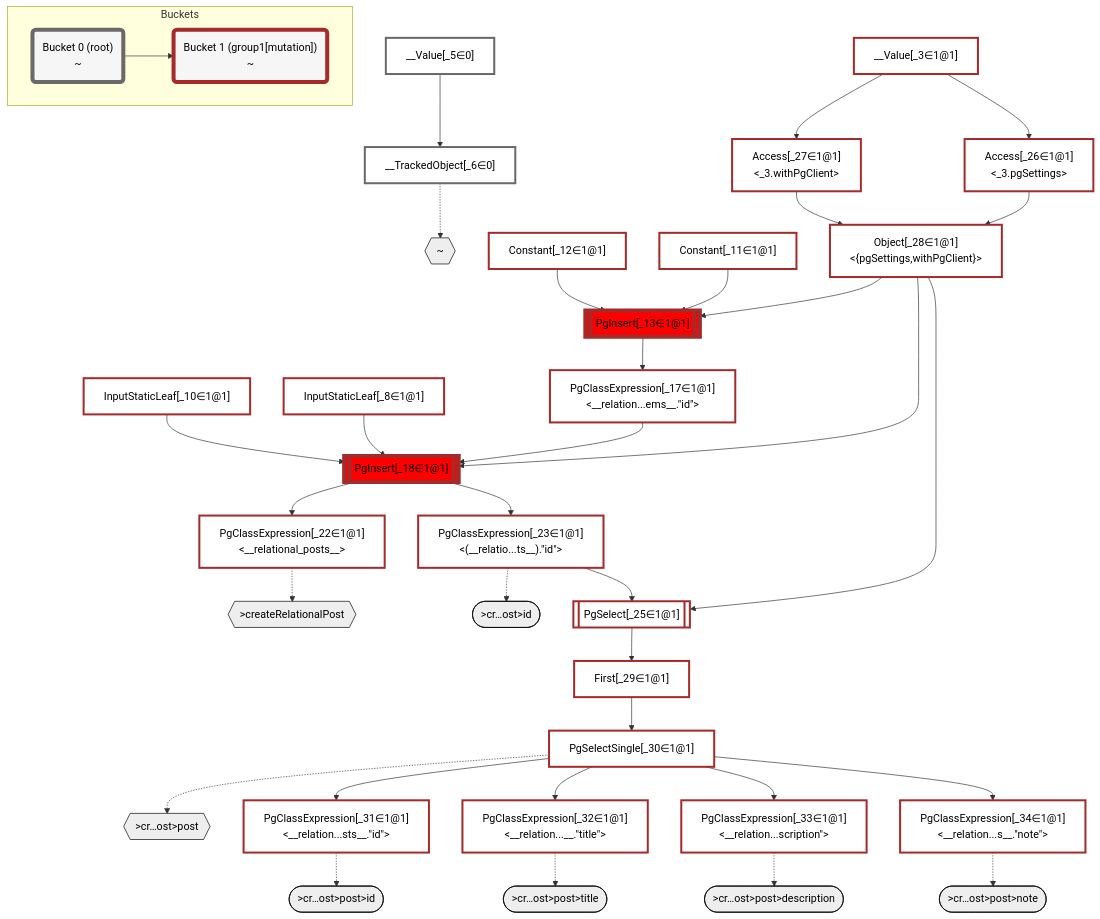
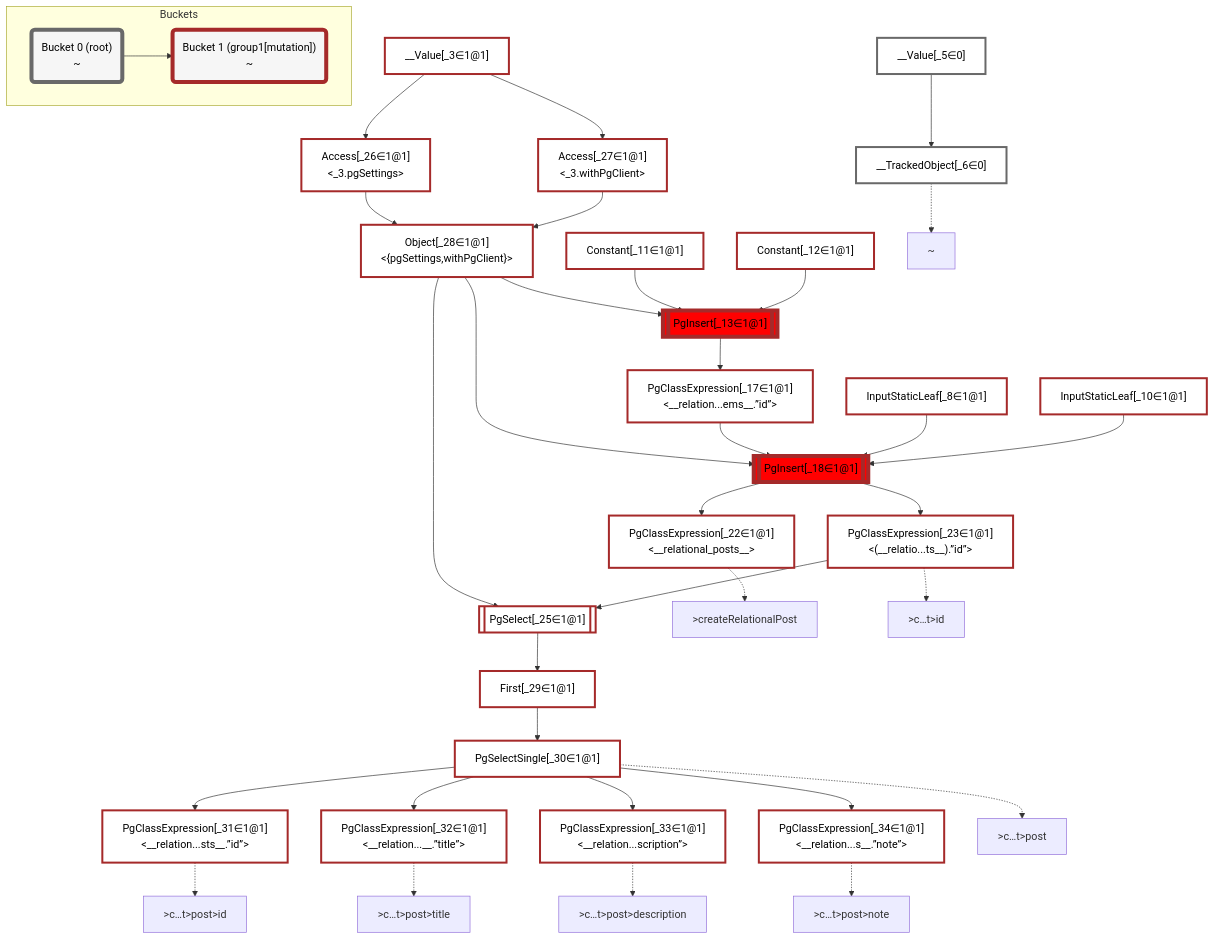
One commit to graphile/crystal changed the diagram in packages/dataplan-pg/__tests__/mutations/basics/create-relational-post-default-description.deopt.mermaid.md. Above: the diagram before and after it, drawn with Mermaid. The commit also changed 195 other files, not shown here.

```diff
--- a/packages/dataplan-pg/__tests__/mutations/basics/create-relational-post-default-description.deopt.mermaid.md
+++ b/packages/dataplan-pg/__tests__/mutations/basics/create-relational-post-default-description.deopt.mermaid.md
@@ -6,23 +6,6 @@
     classDef sideeffectplan fill:#f00,stroke-width:6px,color:#000
     classDef bucket fill:#f6f6f6,color:#000,stroke-width:6px
 
-    %% subgraph fields
-    P1{{"~"}}:::path
-    P2{{">createRelationalPost"}}:::path
-    P3([">cr…ost>id"]):::path
-    %% P2 -.-> P3
-    P4{{">cr…ost>post"}}:::path
-    P5([">cr…ost>post>id"]):::path
-    %% P4 -.-> P5
-    P6([">cr…ost>post>title"]):::path
-    %% P4 -.-> P6
-    P7([">cr…ost>post>description"]):::path
-    %% P4 -.-> P7
-    P8([">cr…ost>post>note"]):::path
-    %% P4 -.-> P8
-    %% P2 -.-> P4
-    %% P1 -.-> P2
-    %% end
 
     %% define plans
     __Value_3["__Value[_3∈1@1]<br /><context>"]:::plan
@@ -33,20 +16,20 @@
     Constant_11["Constant[_11∈1@1]"]:::plan
     Constant_12["Constant[_12∈1@1]"]:::plan
     PgInsert_13[["PgInsert[_13∈1@1]"]]:::sideeffectplan
-    PgClassExpression_17["PgClassExpression[_17∈1@1]<br /><__relation...ems__.#quot;id#quot;>"]:::plan
+    PgClassExpression_17["PgClassExpression[_17∈1@1]<br /><__relation...ems__.”id”>"]:::plan
     PgInsert_18[["PgInsert[_18∈1@1]"]]:::sideeffectplan
     PgClassExpression_22["PgClassExpression[_22∈1@1]<br /><__relational_posts__>"]:::plan
-    PgClassExpression_23["PgClassExpression[_23∈1@1]<br /><(__relatio...ts__).#quot;id#quot;>"]:::plan
+    PgClassExpression_23["PgClassExpression[_23∈1@1]<br /><(__relatio...ts__).”id”>"]:::plan
     PgSelect_25[["PgSelect[_25∈1@1]<br /><relational_posts>"]]:::plan
     Access_26["Access[_26∈1@1]<br /><_3.pgSettings>"]:::plan
     Access_27["Access[_27∈1@1]<br /><_3.withPgClient>"]:::plan
     Object_28["Object[_28∈1@1]<br /><{pgSettings,withPgClient}>"]:::plan
     First_29["First[_29∈1@1]"]:::plan
     PgSelectSingle_30["PgSelectSingle[_30∈1@1]<br /><relational_posts>"]:::plan
-    PgClassExpression_31["PgClassExpression[_31∈1@1]<br /><__relation...sts__.#quot;id#quot;>"]:::plan
-    PgClassExpression_32["PgClassExpression[_32∈1@1]<br /><__relation...__.#quot;title#quot;>"]:::plan
-    PgClassExpression_33["PgClassExpression[_33∈1@1]<br /><__relation...scription#quot;>"]:::plan
-    PgClassExpression_34["PgClassExpression[_34∈1@1]<br /><__relation...s__.#quot;note#quot;>"]:::plan
+    PgClassExpression_31["PgClassExpression[_31∈1@1]<br /><__relation...sts__.”id”>"]:::plan
+    PgClassExpression_32["PgClassExpression[_32∈1@1]<br /><__relation...__.”title”>"]:::plan
+    PgClassExpression_33["PgClassExpression[_33∈1@1]<br /><__relation...scription”>"]:::plan
+    PgClassExpression_34["PgClassExpression[_34∈1@1]<br /><__relation...s__.”note”>"]:::plan
 
     %% plan dependencies
     __Value_5 --> __TrackedObject_6
@@ -74,13 +57,21 @@
     PgSelectSingle_30 --> PgClassExpression_34
 
     %% plan-to-path relationships
+    P1["~"]
     __TrackedObject_6 -.-> P1
+    P2[">createRelationalPost"]
     PgClassExpression_22 -.-> P2
+    P3[">c…t>id"]
     PgClassExpression_23 -.-> P3
+    P4[">c…t>post"]
     PgSelectSingle_30 -.-> P4
+    P5[">c…t>post>id"]
     PgClassExpression_31 -.-> P5
+    P6[">c…t>post>title"]
     PgClassExpression_32 -.-> P6
+    P7[">c…t>post>description"]
     PgClassExpression_33 -.-> P7
+    P8[">c…t>post>note"]
     PgClassExpression_34 -.-> P8
 
     %% allocate buckets
```
